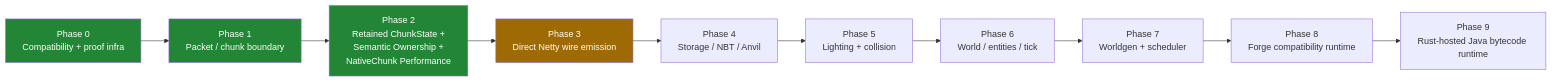
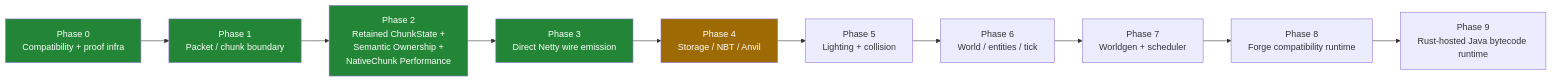
The diagram in docs/ROADMAP.md (siaginw/minecraftrust), drawn with Mermaid before and after one commit. The commit also changed other lines of this file and 12 other files, not shown here.

````diff
--- a/docs/ROADMAP.md
+++ b/docs/ROADMAP.md
@@ -5,16 +5,17 @@
 ```mermaid
 flowchart LR
     P0[Phase 0<br/>Compatibility + proof infra] --> P1[Phase 1<br/>Packet / chunk boundary]
     P1 --> P2[Phase 2<br/>Retained ChunkState +<br/>Semantic Ownership +<br/>NativeChunk Performance]
     P2 --> P3[Phase 3<br/>Direct Netty wire emission]
     P3 --> P4[Phase 4<br/>Storage / NBT / Anvil]
     P4 --> P5[Phase 5<br/>Lighting + collision]
     P5 --> P6[Phase 6<br/>World / entities / tick]
     P6 --> P7[Phase 7<br/>Worldgen + scheduler]
     P7 --> P8[Phase 8<br/>Forge compatibility runtime]
     P8 --> P9[Phase 9<br/>Rust-hosted Java bytecode runtime]
     style P0 fill:#238636,color:#fff
     style P1 fill:#238636,color:#fff
     style P2 fill:#238636,color:#fff
-    style P3 fill:#9e6a03,color:#fff
+    style P3 fill:#238636,color:#fff
+    style P4 fill:#9e6a03,color:#fff
 ```
````
